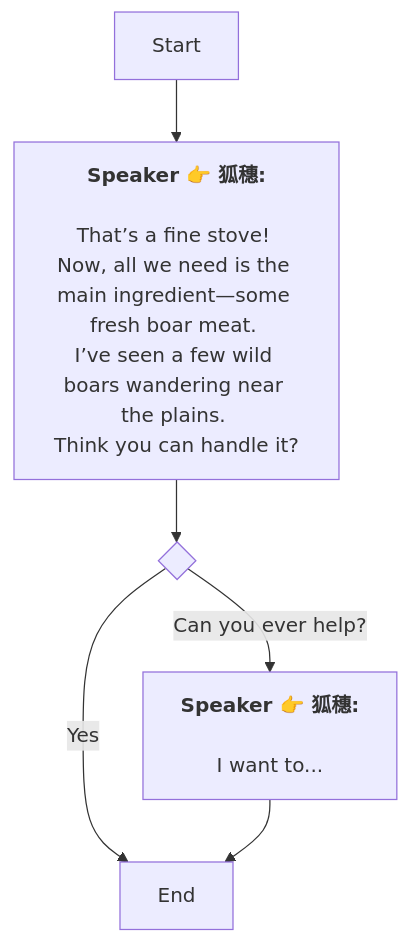
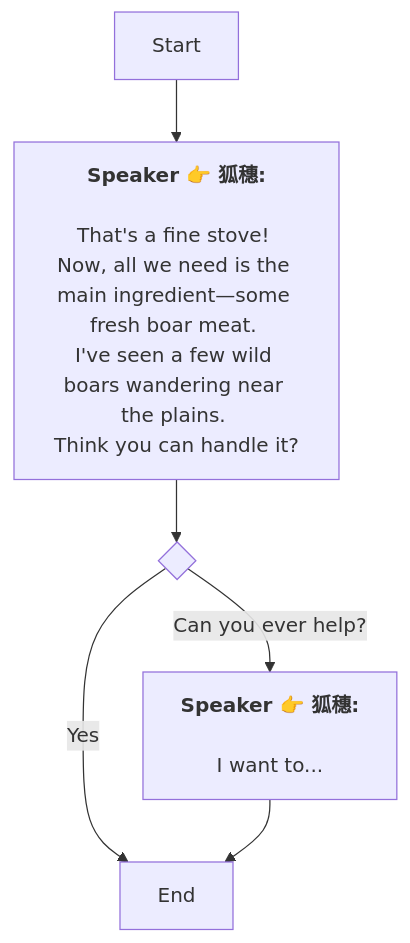
Before and after one commit to SoftHu/tos_avg: the diagram in Zh/QuestStartTalkENode_1768893216400430.md, drawn with Mermaid. The commit also changed 312 other files, not shown here.

````diff
--- a/Zh/QuestStartTalkENode_1768893216400430.md
+++ b/Zh/QuestStartTalkENode_1768893216400430.md
@@ -1,16 +1,16 @@
 ```mermaid
 graph
 Start -->1768893252997169[<b>Speaker 👉 狐穗:</b>
 
-That’s a fine stove! 
+That's a fine stove! 
 Now, all we need is the main ingredient—some fresh boar meat. 
-I’ve seen a few wild boars wandering near the plains. 
+I've seen a few wild boars wandering near the plains. 
 Think you can handle it?]
 1768893252997169 -->1768893293350962{ }
 1768893293350962 -->|Can you ever help?|1768893303806007[<b>Speaker 👉 狐穗:</b>
 
 I want to...]
 1768893293350962 -->|Yes|1768893307619384[End]
 1768893303806007 -->1768893307619384[End]
 
  ```
````
